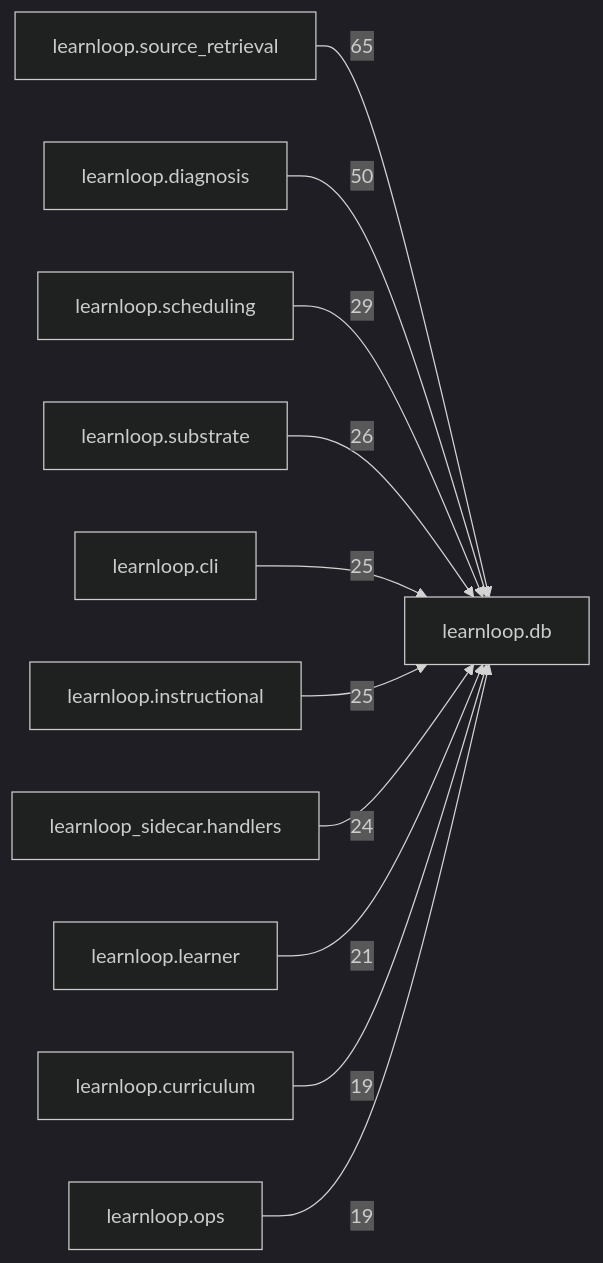
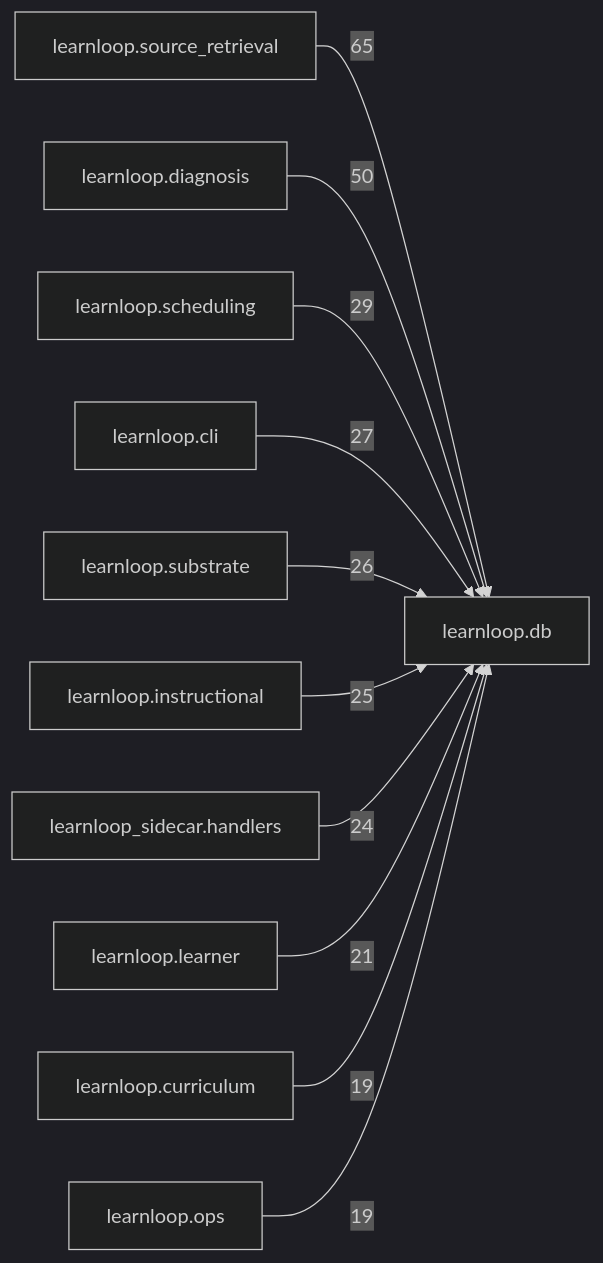
The diagram in docs/learnloop-architecture-vault/Reference/Modules/learnloop/db/_package.md (6up-b/learnanything), drawn with Mermaid (dark theme) before and after one commit. The commit also changed other lines of this file and 590 other files, not shown here.

````diff
--- a/docs/learnloop-architecture-vault/Reference/Modules/learnloop/db/_package.md
+++ b/docs/learnloop-architecture-vault/Reference/Modules/learnloop/db/_package.md
@@ -137,24 +137,24 @@
 ```mermaid
 flowchart LR
     center["learnloop.db"]
     n_learnloop_source_retrieval["learnloop.source_retrieval"]
     n_learnloop_diagnosis["learnloop.diagnosis"]
     n_learnloop_scheduling["learnloop.scheduling"]
+    n_learnloop_cli["learnloop.cli"]
     n_learnloop_substrate["learnloop.substrate"]
-    n_learnloop_cli["learnloop.cli"]
     n_learnloop_instructional["learnloop.instructional"]
     n_learnloop_sidecar_handlers["learnloop_sidecar.handlers"]
     n_learnloop_learner["learnloop.learner"]
     n_learnloop_curriculum["learnloop.curriculum"]
     n_learnloop_ops["learnloop.ops"]
     n_learnloop_source_retrieval -->|65| center
     n_learnloop_diagnosis -->|50| center
     n_learnloop_scheduling -->|29| center
+    n_learnloop_cli -->|27| center
     n_learnloop_substrate -->|26| center
-    n_learnloop_cli -->|25| center
     n_learnloop_instructional -->|25| center
     n_learnloop_sidecar_handlers -->|24| center
     n_learnloop_learner -->|21| center
     n_learnloop_curriculum -->|19| center
     n_learnloop_ops -->|19| center
 ```
````
